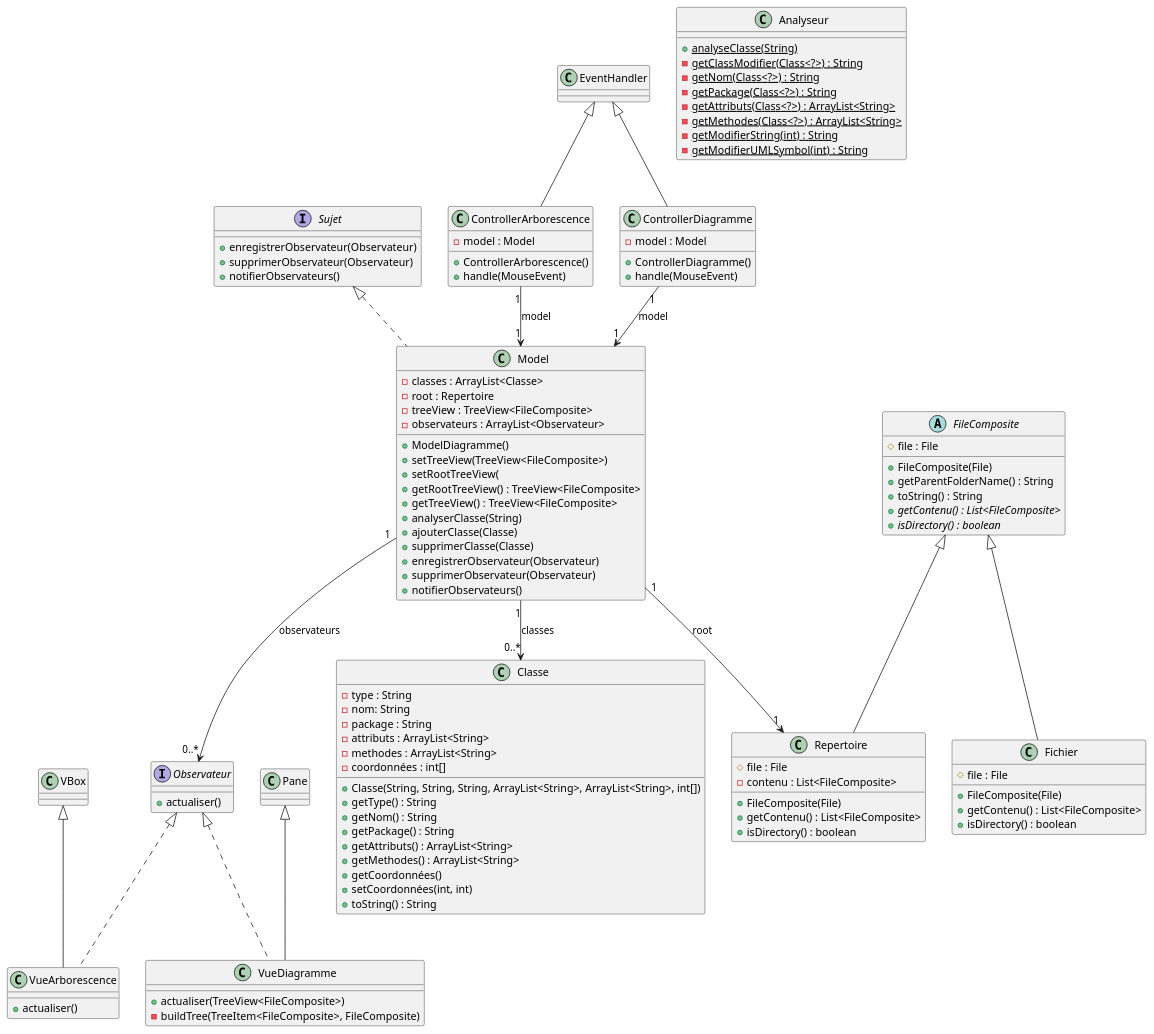
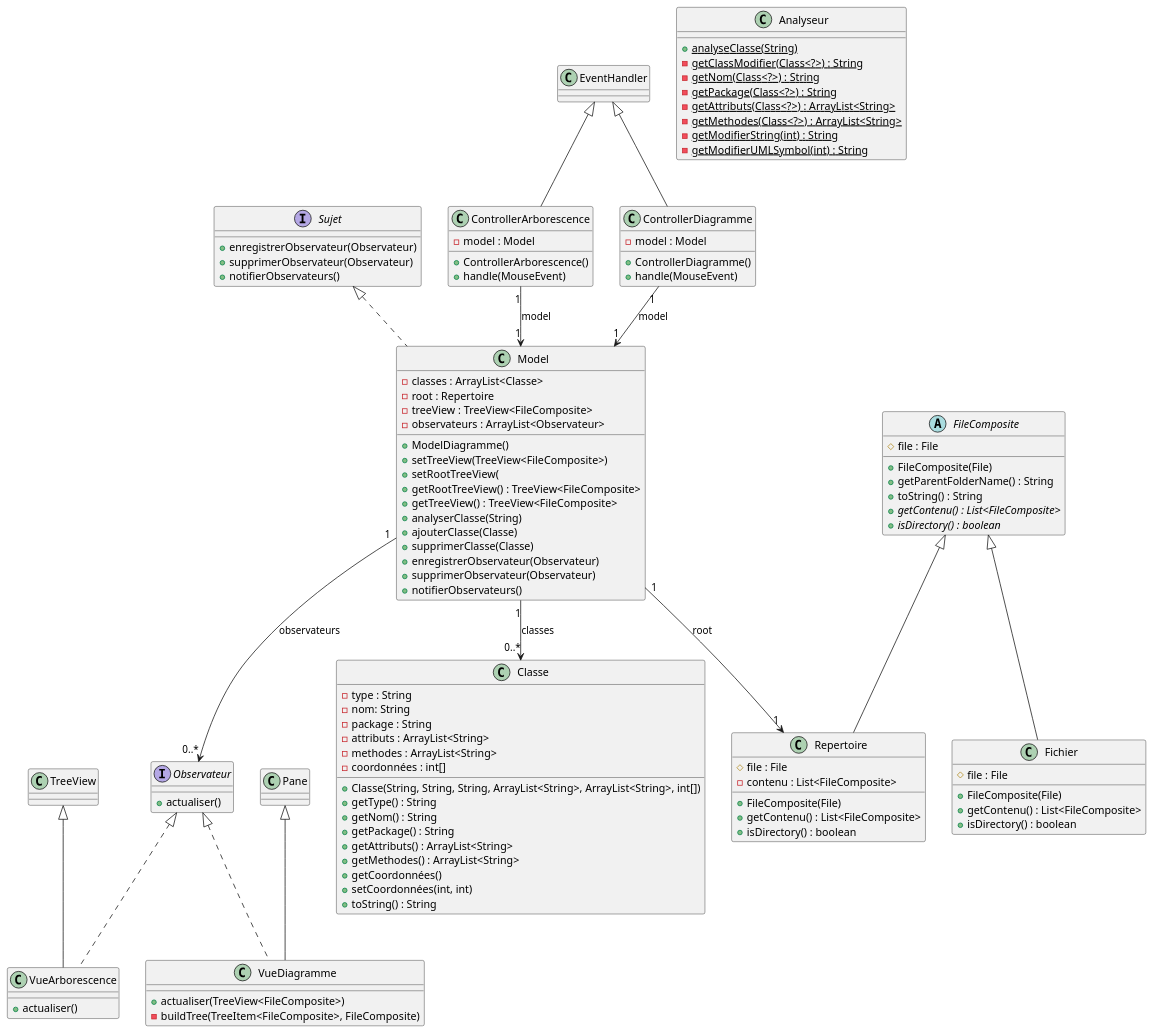
The diagram in Documents/Iteration1/DiagrammeDeClasse.puml (ByZorks/SAE-3.01), drawn with PlantUML before and after one commit.

Commit message:
correction diag classe

```diff
--- a/Documents/Iteration1/DiagrammeDeClasse.puml
+++ b/Documents/Iteration1/DiagrammeDeClasse.puml
@@ -1,124 +1,124 @@
 @startuml
 interface Sujet {
     + enregistrerObservateur(Observateur)
     + supprimerObservateur(Observateur)
     + notifierObservateurs()
 }
 
 interface Observateur {
     + actualiser()
 }
 
 class VueArborescence {
     + actualiser()
 }
 
 class VueDiagramme {
     + actualiser(TreeView<FileComposite>)
     - buildTree(TreeItem<FileComposite>, FileComposite)
 }
 
 class Model {
     - classes : ArrayList<Classe>
     - root : Repertoire
     - treeView : TreeView<FileComposite>
     - observateurs : ArrayList<Observateur>
     + ModelDiagramme()
     + setTreeView(TreeView<FileComposite>)
     + setRootTreeView(
     + getRootTreeView() : TreeView<FileComposite>
     + getTreeView() : TreeView<FileComposite>
     + analyserClasse(String)
     + ajouterClasse(Classe)
     + supprimerClasse(Classe)
     + enregistrerObservateur(Observateur)
     + supprimerObservateur(Observateur)
     + notifierObservateurs()
 }
 
 class ControllerArborescence {
     - model : Model
     + ControllerArborescence()
     + handle(MouseEvent)
 }
 
 class ControllerDiagramme {
     - model : Model
     + ControllerDiagramme()
     + handle(MouseEvent)
 }
 
 abstract FileComposite {
     # file : File
     + FileComposite(File)
     + getParentFolderName() : String
     + toString() : String
     + {abstract} getContenu() : List<FileComposite>
     + {abstract} isDirectory() : boolean
 }
 
 class Fichier {
     # file : File
     + FileComposite(File)
     + getContenu() : List<FileComposite>
     + isDirectory() : boolean
 }
 
 class Repertoire {
     # file : File
     - contenu : List<FileComposite>
     + FileComposite(File)
     + getContenu() : List<FileComposite>
     + isDirectory() : boolean
 }
 
 class Classe {
     - type : String
     - nom: String
     - package : String
     - attributs : ArrayList<String>
     - methodes : ArrayList<String>
     - coordonnées : int[]
     + Classe(String, String, String, ArrayList<String>, ArrayList<String>, int[])
     + getType() : String
     + getNom() : String
     + getPackage() : String
     + getAttributs() : ArrayList<String>
     + getMethodes() : ArrayList<String>
     + getCoordonnées()
     + setCoordonnées(int, int)
     + toString() : String
 }
 
 class Analyseur {
     + {static} analyseClasse(String)
     - {static} getClassModifier(Class<?>) : String
     - {static} getNom(Class<?>) : String
     - {static} getPackage(Class<?>) : String
     - {static} getAttributs(Class<?>) : ArrayList<String>
     - {static} getMethodes(Class<?>) : ArrayList<String>
     - {static} getModifierString(int) : String
     - {static} getModifierUMLSymbol(int) : String
 }
 
 Sujet <|.. Model
 
 Observateur <|.. VueArborescence
 Observateur <|.. VueDiagramme
 
-VBox <|-- VueArborescence
+TreeView <|-- VueArborescence
 Pane <|-- VueDiagramme
 
 FileComposite <|-- Fichier
 FileComposite <|-- Repertoire
 
 Model "1" --> "0..*" Classe : classes
 Model "1" --> "1" Repertoire : root
 Model "1" --> "0..*" Observateur : observateurs
 
 ControllerArborescence "1" --> "1" Model : model
 ControllerDiagramme "1" --> "1" Model : model
 
 EventHandler <|-- ControllerArborescence
 EventHandler <|-- ControllerDiagramme
 @enduml
```
